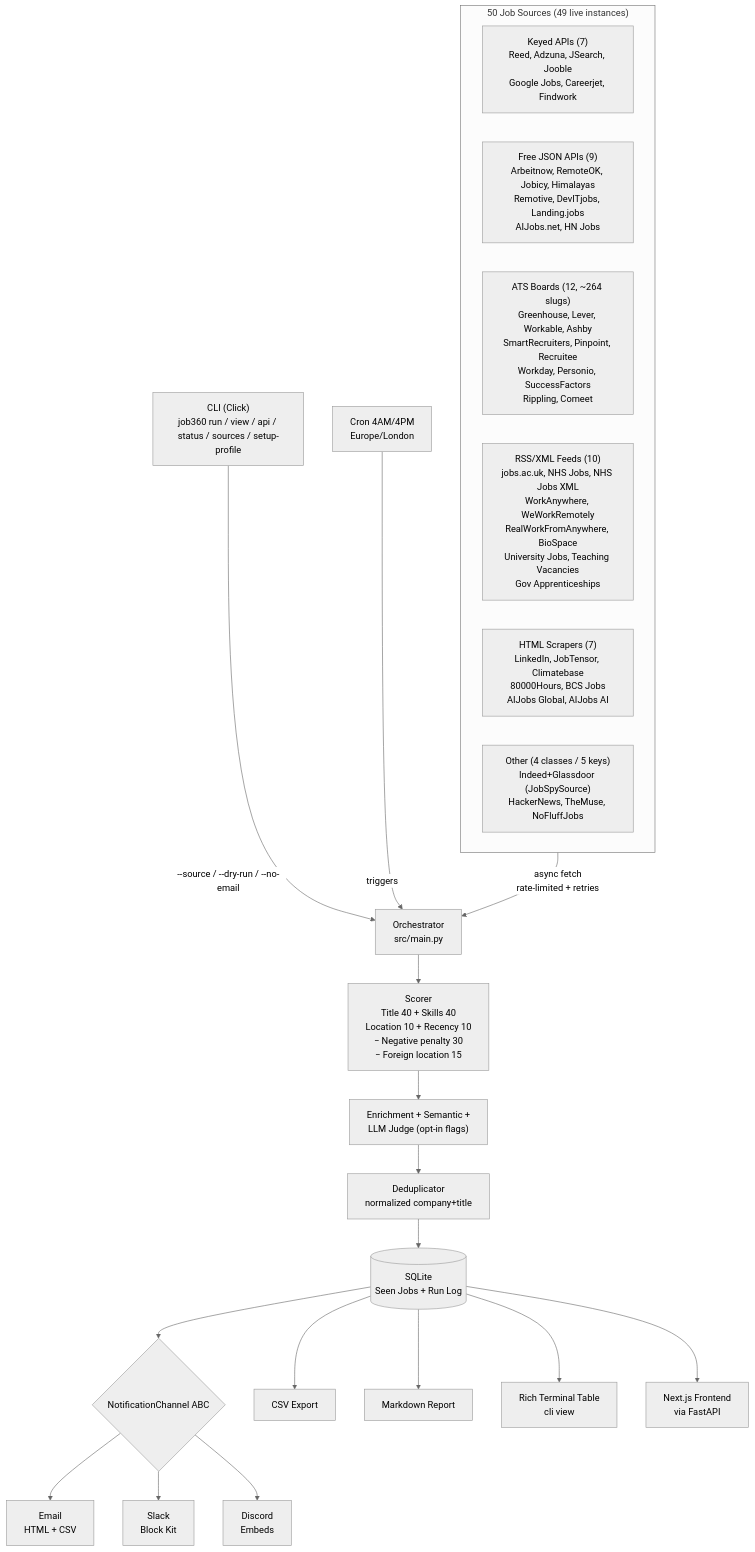
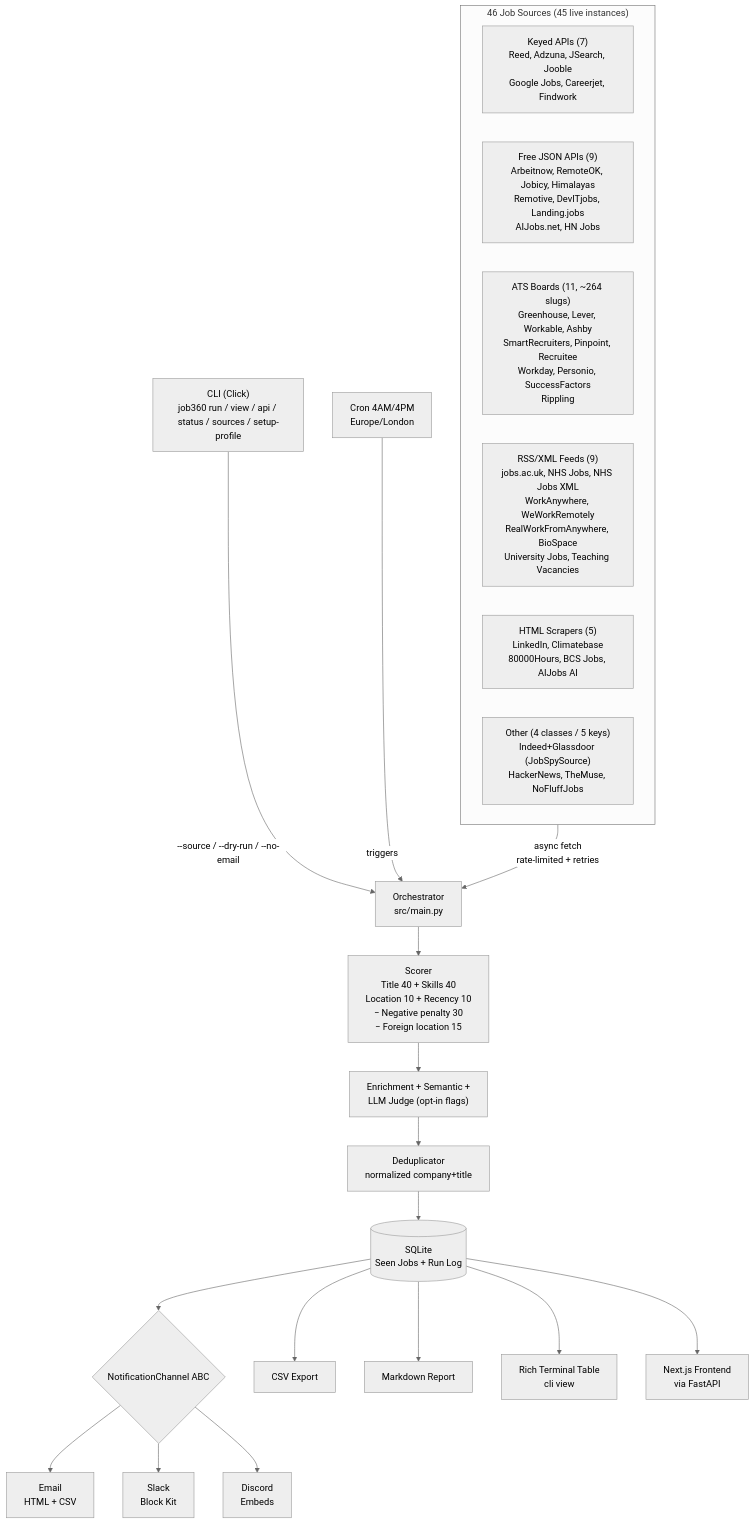
One commit to Ranjith36963/job360 changed the diagram in README.md. Above: the diagram before and after it, drawn with Mermaid (neutral theme). The commit also changed other lines of this file and 18 other files, not shown here.

First line of the commit message:
loop: M6 — bundled source rotation 50->46 (remove 4 upstream-dead sources) [verified: tests + live]

````diff
--- a/README.md
+++ b/README.md
@@ -15,33 +15,33 @@
 ```mermaid
 flowchart TD
     CLI["CLI (Click)\njob360 run / view / api / status / sources / setup-profile"]
     Cron["Cron 4AM/4PM\nEurope/London"]
 
-    subgraph Sources["50 Job Sources (49 live instances)"]
+    subgraph Sources["46 Job Sources (45 live instances)"]
         direction LR
         KeyedAPIs["Keyed APIs (7)\nReed, Adzuna, JSearch, Jooble\nGoogle Jobs, Careerjet, Findwork"]
         FreeJSON["Free JSON APIs (9)\nArbeitnow, RemoteOK, Jobicy, Himalayas\nRemotive, DevITjobs, Landing.jobs\nAIJobs.net, HN Jobs"]
-        ATSBoards["ATS Boards (12, ~264 slugs)\nGreenhouse, Lever, Workable, Ashby\nSmartRecruiters, Pinpoint, Recruitee\nWorkday, Personio, SuccessFactors\nRippling, Comeet"]
-        RSSFeeds["RSS/XML Feeds (10)\njobs.ac.uk, NHS Jobs, NHS Jobs XML\nWorkAnywhere, WeWorkRemotely\nRealWorkFromAnywhere, BioSpace\nUniversity Jobs, Teaching Vacancies\nGov Apprenticeships"]
-        HTMLScrapers["HTML Scrapers (7)\nLinkedIn, JobTensor, Climatebase\n80000Hours, BCS Jobs\nAIJobs Global, AIJobs AI"]
+        ATSBoards["ATS Boards (11, ~264 slugs)\nGreenhouse, Lever, Workable, Ashby\nSmartRecruiters, Pinpoint, Recruitee\nWorkday, Personio, SuccessFactors\nRippling"]
+        RSSFeeds["RSS/XML Feeds (9)\njobs.ac.uk, NHS Jobs, NHS Jobs XML\nWorkAnywhere, WeWorkRemotely\nRealWorkFromAnywhere, BioSpace\nUniversity Jobs, Teaching Vacancies"]
+        HTMLScrapers["HTML Scrapers (5)\nLinkedIn, Climatebase\n80000Hours, BCS Jobs, AIJobs AI"]
         OtherSources["Other (4 classes / 5 keys)\nIndeed+Glassdoor (JobSpySource)\nHackerNews, TheMuse, NoFluffJobs"]
     end
 
     CLI -->|"--source / --dry-run / --no-email"| Orchestrator["Orchestrator\nsrc/main.py"]
     Cron -->|triggers| Orchestrator
     Sources -->|async fetch\nrate-limited + retries| Orchestrator
     Orchestrator --> Scorer["Scorer\nTitle 40 + Skills 40\nLocation 10 + Recency 10\n− Negative penalty 30\n− Foreign location 15"]
     Scorer --> OptEngines["Enrichment + Semantic +\nLLM Judge (opt-in flags)"]
     OptEngines --> Dedup[Deduplicator\nnormalized company+title]
     Dedup --> DB[(SQLite\nSeen Jobs + Run Log)]
 
     DB --> Channels{NotificationChannel ABC}
     Channels --> Email[Email\nHTML + CSV]
     Channels --> Slack[Slack\nBlock Kit]
     Channels --> Discord[Discord\nEmbeds]
 
     DB --> CSV[CSV Export]
     DB --> Report[Markdown Report]
     DB --> RichTable[Rich Terminal Table\ncli view]
     DB --> NextJS[Next.js Frontend\nvia FastAPI]
 ```
````
